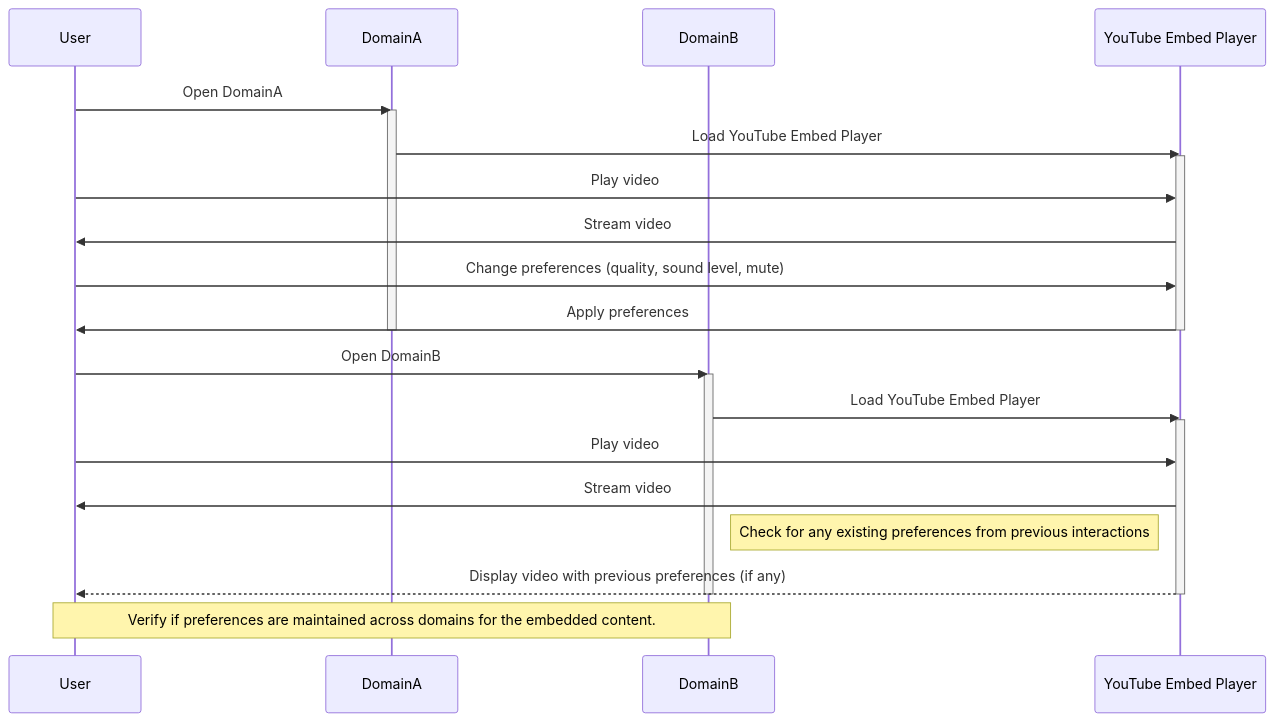
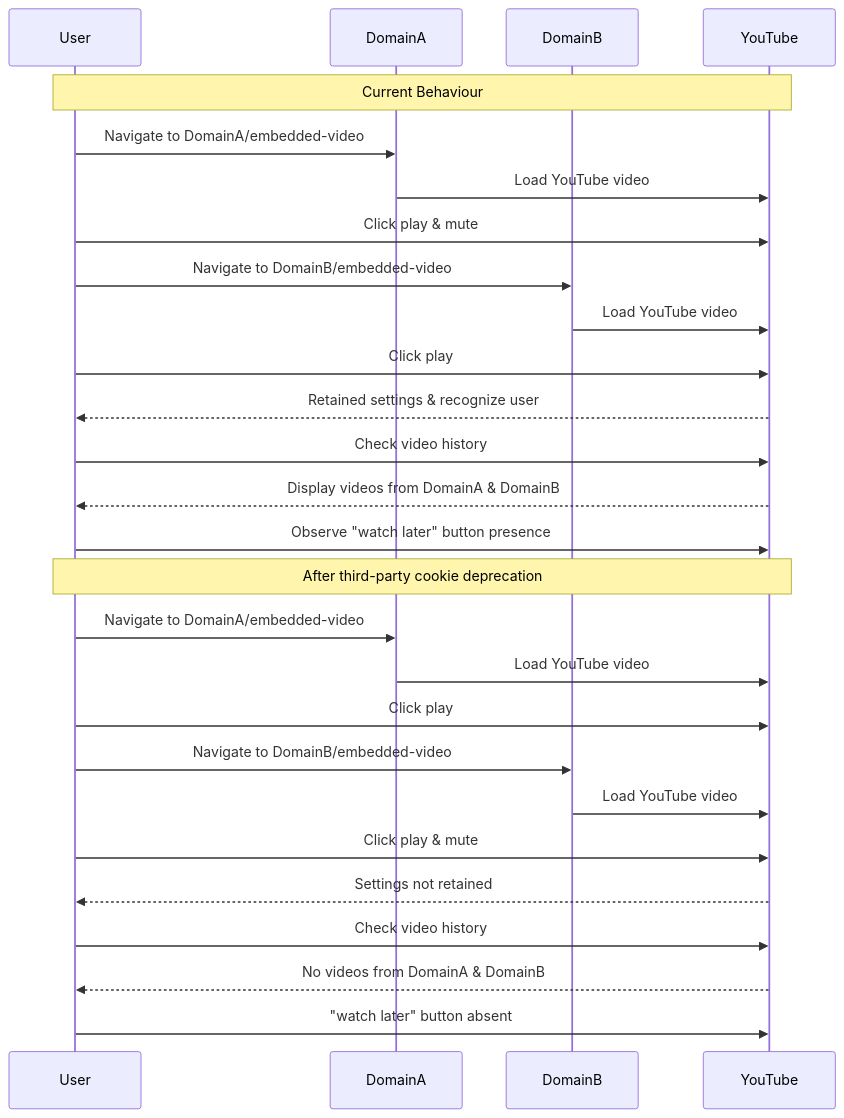
Before and after one commit to rtCamp/psat-demos: the third of 4 diagrams in README.md, drawn with Mermaid.

Commit message:
Update README sequence diagrams

````diff
--- a/README.md
+++ b/README.md
@@ -182,32 +182,39 @@
 ```mermaid
 sequenceDiagram
     participant User
     participant DomainA
     participant DomainB
-    participant YouTube as YouTube Embed Player
-    
+    participant YouTube
 
-    User->>DomainA: Open DomainA
-    activate DomainA
-    DomainA->>YouTube: Load YouTube Embed Player
-    activate YouTube
-    User->>YouTube: Play video
-    YouTube->>User: Stream video
-    User->>YouTube: Change preferences (quality, sound level, mute)
-    YouTube->>User: Apply preferences
-    deactivate YouTube
-    deactivate DomainA
+    Note over User,YouTube: Current Behaviour
 
-    User->>DomainB: Open DomainB
-    activate DomainB
-    DomainB->>YouTube: Load YouTube Embed Player
-    activate YouTube
-    User->>YouTube: Play video
-    YouTube->>User: Stream video
-    Note left of YouTube: Check for any existing preferences from previous interactions
-    YouTube-->>User: Display video with previous preferences (if any)
-    deactivate YouTube
-    deactivate DomainB
+    User->>DomainA: Navigate to DomainA/embedded-video
+    DomainA->>YouTube: Load YouTube video
+    User->>YouTube: Click play & mute
 
-    Note over User, DomainB: Verify if preferences are maintained across domains for the embedded content.
+    User->>DomainB: Navigate to DomainB/embedded-video
+    DomainB->>YouTube: Load YouTube video
+    User->>YouTube: Click play
+    YouTube-->>User: Retained settings & recognize user
+
+    User->>YouTube: Check video history
+    YouTube-->>User: Display videos from DomainA & DomainB
+
+    User->>YouTube: Observe "watch later" button presence
+
+    Note over User,YouTube: After third-party cookie deprecation
+
+    User->>DomainA: Navigate to DomainA/embedded-video
+    DomainA->>YouTube: Load YouTube video
+    User->>YouTube: Click play
+
+    User->>DomainB: Navigate to DomainB/embedded-video
+    DomainB->>YouTube: Load YouTube video
+    User->>YouTube: Click play & mute
+    YouTube-->>User: Settings not retained
+
+    User->>YouTube: Check video history
+    YouTube-->>User: No videos from DomainA & DomainB
+
+    User->>YouTube: "watch later" button absent
 ```
````
